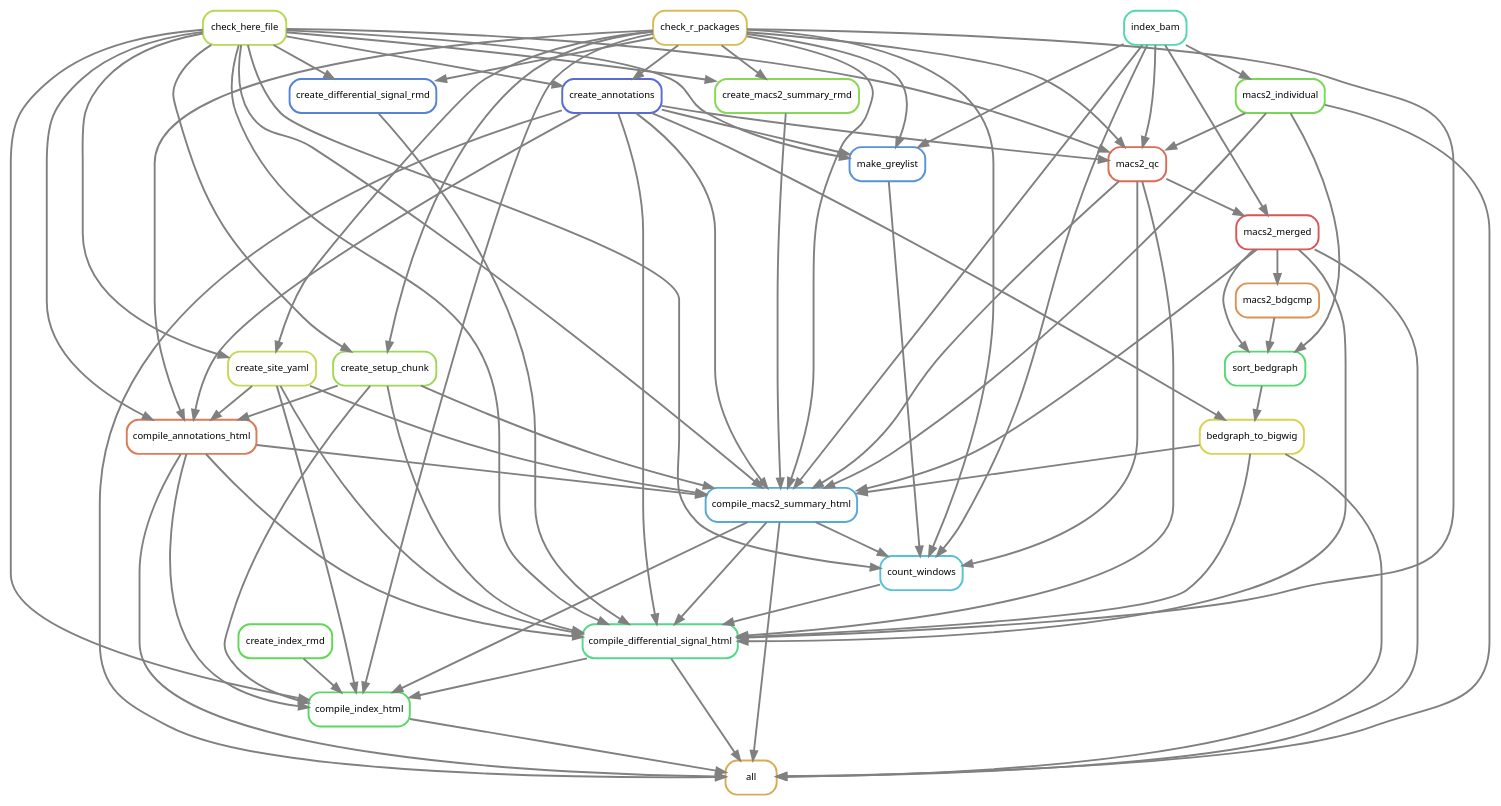
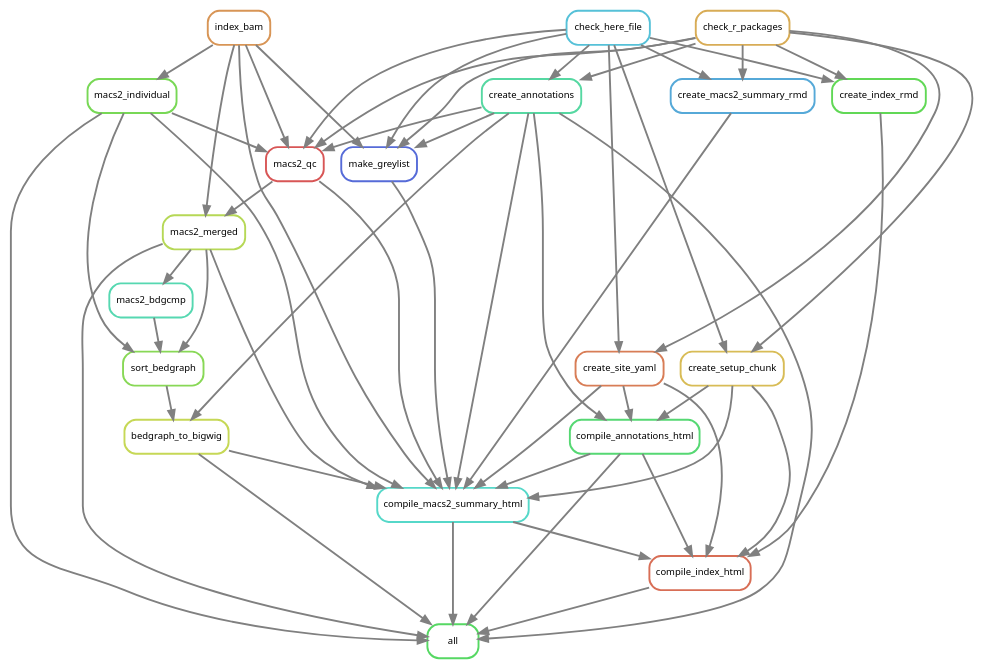
Before and after one commit to smped/GRAVI: the diagram in workflow/rules/rulegraph.dot, drawn with Graphviz. The commit also changed 4 other files, not shown here.

```diff
--- a/workflow/rules/rulegraph.dot
+++ b/workflow/rules/rulegraph.dot
@@ -1,106 +1,78 @@
 digraph snakemake_dag {
     graph[bgcolor=white, margin=0];
     node[shape=box, style=rounded, fontname=sans,                 fontsize=10, penwidth=2];
     edge[penwidth=2, color=grey];
-	0[label = "all", color = "0.11 0.6 0.85", style="rounded"];
-	1[label = "compile_annotations_html", color = "0.05 0.6 0.85", style="rounded"];
-	2[label = "check_r_packages", color = "0.13 0.6 0.85", style="rounded"];
-	3[label = "check_here_file", color = "0.21 0.6 0.85", style="rounded"];
-	4[label = "create_annotations", color = "0.64 0.6 0.85", style="rounded"];
-	5[label = "create_setup_chunk", color = "0.24 0.6 0.85", style="rounded"];
-	6[label = "create_site_yaml", color = "0.19 0.6 0.85", style="rounded"];
-	7[label = "compile_macs2_summary_html", color = "0.56 0.6 0.85", style="rounded"];
-	8[label = "index_bam", color = "0.45 0.6 0.85", style="rounded"];
-	9[label = "bedgraph_to_bigwig", color = "0.16 0.6 0.85", style="rounded"];
-	10[label = "sort_bedgraph", color = "0.37 0.6 0.85", style="rounded"];
-	11[label = "macs2_merged", color = "0.00 0.6 0.85", style="rounded"];
-	12[label = "macs2_qc", color = "0.03 0.6 0.85", style="rounded"];
+	0[label = "all", color = "0.35 0.6 0.85", style="rounded"];
+	1[label = "compile_annotations_html", color = "0.37 0.6 0.85", style="rounded"];
+	2[label = "create_annotations", color = "0.43 0.6 0.85", style="rounded"];
+	3[label = "check_here_file", color = "0.53 0.6 0.85", style="rounded"];
+	4[label = "check_r_packages", color = "0.11 0.6 0.85", style="rounded"];
+	5[label = "create_setup_chunk", color = "0.13 0.6 0.85", style="rounded"];
+	6[label = "create_site_yaml", color = "0.05 0.6 0.85", style="rounded"];
+	7[label = "compile_macs2_summary_html", color = "0.48 0.6 0.85", style="rounded"];
+	8[label = "index_bam", color = "0.08 0.6 0.85", style="rounded"];
+	9[label = "bedgraph_to_bigwig", color = "0.19 0.6 0.85", style="rounded"];
+	10[label = "sort_bedgraph", color = "0.27 0.6 0.85", style="rounded"];
+	11[label = "macs2_merged", color = "0.21 0.6 0.85", style="rounded"];
+	12[label = "macs2_qc", color = "0.00 0.6 0.85", style="rounded"];
 	13[label = "macs2_individual", color = "0.29 0.6 0.85", style="rounded"];
-	14[label = "create_macs2_summary_rmd", color = "0.27 0.6 0.85", style="rounded"];
-	15[label = "compile_differential_signal_html", color = "0.40 0.6 0.85", style="rounded"];
-	16[label = "create_differential_signal_rmd", color = "0.61 0.6 0.85", style="rounded"];
-	17[label = "count_windows", color = "0.53 0.6 0.85", style="rounded"];
-	18[label = "make_greylist", color = "0.59 0.6 0.85", style="rounded"];
-	19[label = "compile_index_html", color = "0.35 0.6 0.85", style="rounded"];
-	20[label = "create_index_rmd", color = "0.32 0.6 0.85", style="rounded"];
-	21[label = "macs2_bdgcmp", color = "0.08 0.6 0.85", style="rounded"];
+	14[label = "make_greylist", color = "0.64 0.6 0.85", style="rounded"];
+	15[label = "create_macs2_summary_rmd", color = "0.56 0.6 0.85", style="rounded"];
+	16[label = "compile_index_html", color = "0.03 0.6 0.85", style="rounded"];
+	17[label = "create_index_rmd", color = "0.32 0.6 0.85", style="rounded"];
+	18[label = "macs2_bdgcmp", color = "0.45 0.6 0.85", style="rounded"];
 	13 -> 0
-	19 -> 0
+	16 -> 0
 	11 -> 0
 	1 -> 0
 	7 -> 0
-	15 -> 0
 	9 -> 0
-	4 -> 0
-	3 -> 1
+	2 -> 0
+	6 -> 1
+	2 -> 1
 	5 -> 1
-	2 -> 1
-	6 -> 1
-	4 -> 1
-	2 -> 4
-	3 -> 4
-	2 -> 5
+	4 -> 2
+	3 -> 2
+	4 -> 5
 	3 -> 5
-	2 -> 6
+	4 -> 6
 	3 -> 6
+	13 -> 7
+	12 -> 7
+	11 -> 7
+	6 -> 7
+	8 -> 7
+	5 -> 7
+	15 -> 7
+	1 -> 7
+	9 -> 7
+	2 -> 7
 	14 -> 7
-	13 -> 7
-	8 -> 7
-	3 -> 7
-	11 -> 7
-	12 -> 7
-	1 -> 7
-	5 -> 7
-	2 -> 7
-	9 -> 7
-	6 -> 7
-	4 -> 7
 	10 -> 9
-	4 -> 9
-	21 -> 10
+	2 -> 9
 	13 -> 10
 	11 -> 10
+	18 -> 10
+	8 -> 11
 	12 -> 11
-	8 -> 11
 	13 -> 12
 	8 -> 12
+	4 -> 12
 	3 -> 12
 	2 -> 12
-	4 -> 12
 	8 -> 13
+	8 -> 14
 	2 -> 14
+	4 -> 14
 	3 -> 14
+	4 -> 15
 	3 -> 15
-	11 -> 15
-	17 -> 15
-	12 -> 15
-	1 -> 15
-	7 -> 15
-	16 -> 15
-	5 -> 15
-	2 -> 15
-	9 -> 15
-	6 -> 15
-	4 -> 15
-	2 -> 16
-	3 -> 16
-	8 -> 17
+	6 -> 16
+	17 -> 16
+	5 -> 16
+	1 -> 16
+	7 -> 16
+	4 -> 17
 	3 -> 17
-	12 -> 17
-	7 -> 17
-	18 -> 17
-	2 -> 17
-	2 -> 18
-	8 -> 18
-	3 -> 18
-	4 -> 18
-	20 -> 19
-	3 -> 19
-	5 -> 19
-	1 -> 19
-	7 -> 19
-	15 -> 19
-	2 -> 19
-	6 -> 19
-	11 -> 21
+	11 -> 18
 }            
```
